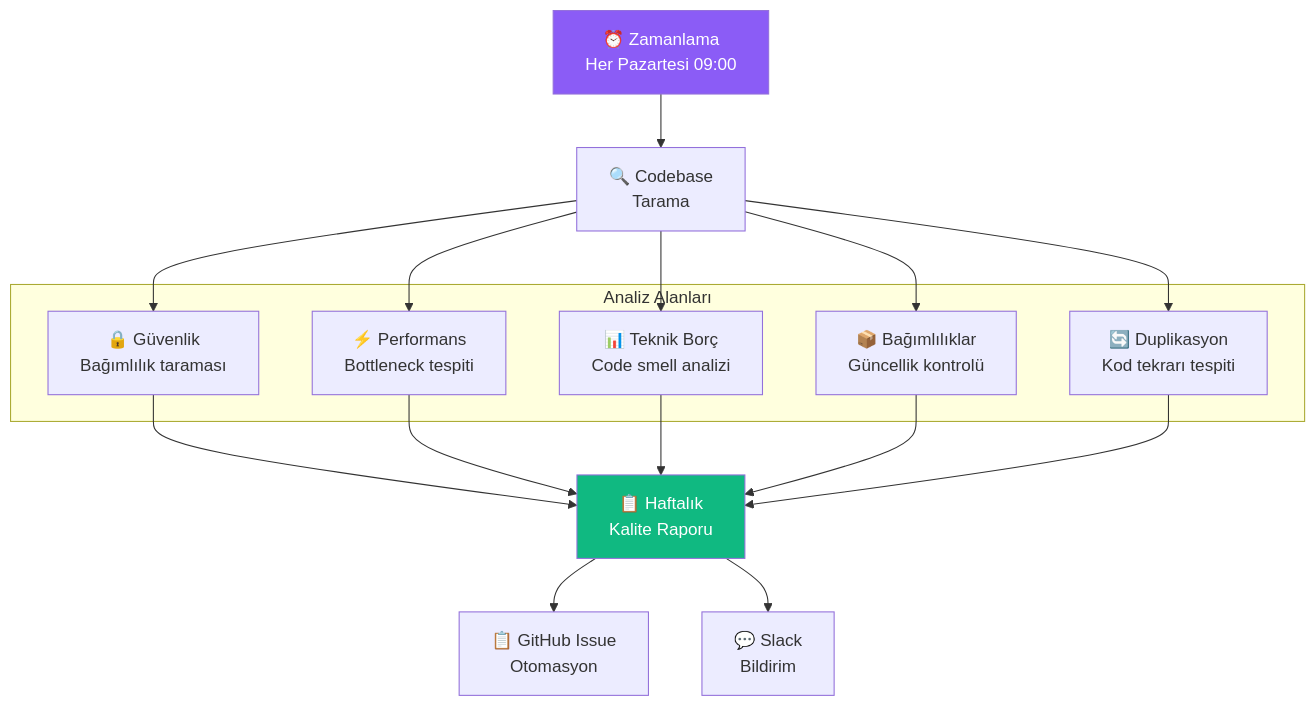
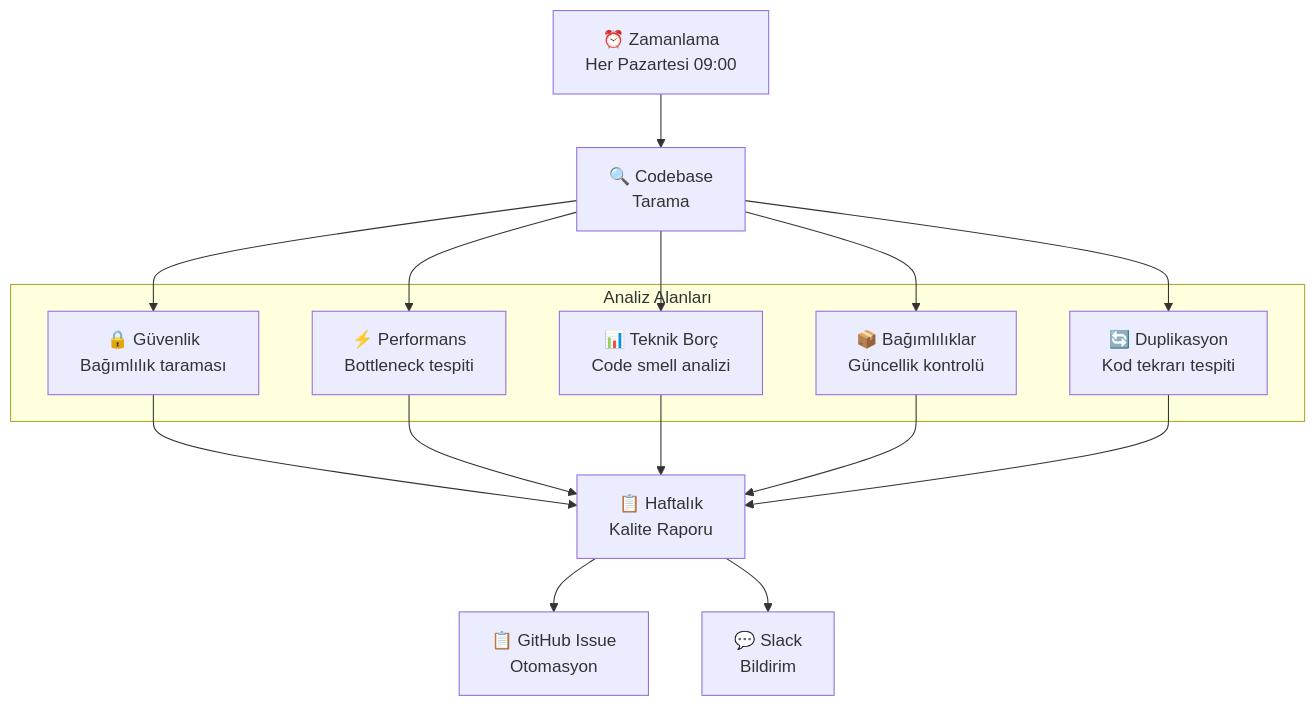
Before and after one commit to IzzetYasinAtes/ClaudeCodeHandbook: the sixth of 7 diagrams in 16-cicd-ve-devops/05-otomasyon-tarifleri.md, drawn with Mermaid. The commit also changed other lines of this file and 97 other files, not shown here.

Commit message:
Remove all custom Mermaid style/fill colors from 98 markdown files for consistent dark theme rendering

````diff
--- a/16-cicd-ve-devops/05-otomasyon-tarifleri.md
+++ b/16-cicd-ve-devops/05-otomasyon-tarifleri.md
@@ -471,31 +458,29 @@
 ```mermaid
 flowchart TB
     CRON["⏰ Zamanlama<br/>Her Pazartesi 09:00"]
     CRON --> SCAN["🔍 Codebase<br/>Tarama"]
 
     subgraph analysis ["Analiz Alanları"]
         SEC["🔒 Güvenlik<br/>Bağımlılık taraması"]
         PERF["⚡ Performans<br/>Bottleneck tespiti"]
         DEBT["📊 Teknik Borç<br/>Code smell analizi"]
         DEP["📦 Bağımlılıklar<br/>Güncellik kontrolü"]
         DUP["🔄 Duplikasyon<br/>Kod tekrarı tespiti"]
     end
 
     SCAN --> SEC
     SCAN --> PERF
     SCAN --> DEBT
     SCAN --> DEP
     SCAN --> DUP
 
     SEC --> REPORT["📋 Haftalık<br/>Kalite Raporu"]
     PERF --> REPORT
     DEBT --> REPORT
     DEP --> REPORT
     DUP --> REPORT
 
     REPORT --> ISSUE["📋 GitHub Issue<br/>Otomasyon"]
     REPORT --> SLACK["💬 Slack<br/>Bildirim"]
 
-    style CRON fill:#8B5CF6,color:#fff
-    style REPORT fill:#10B981,color:#fff
 ```
````
